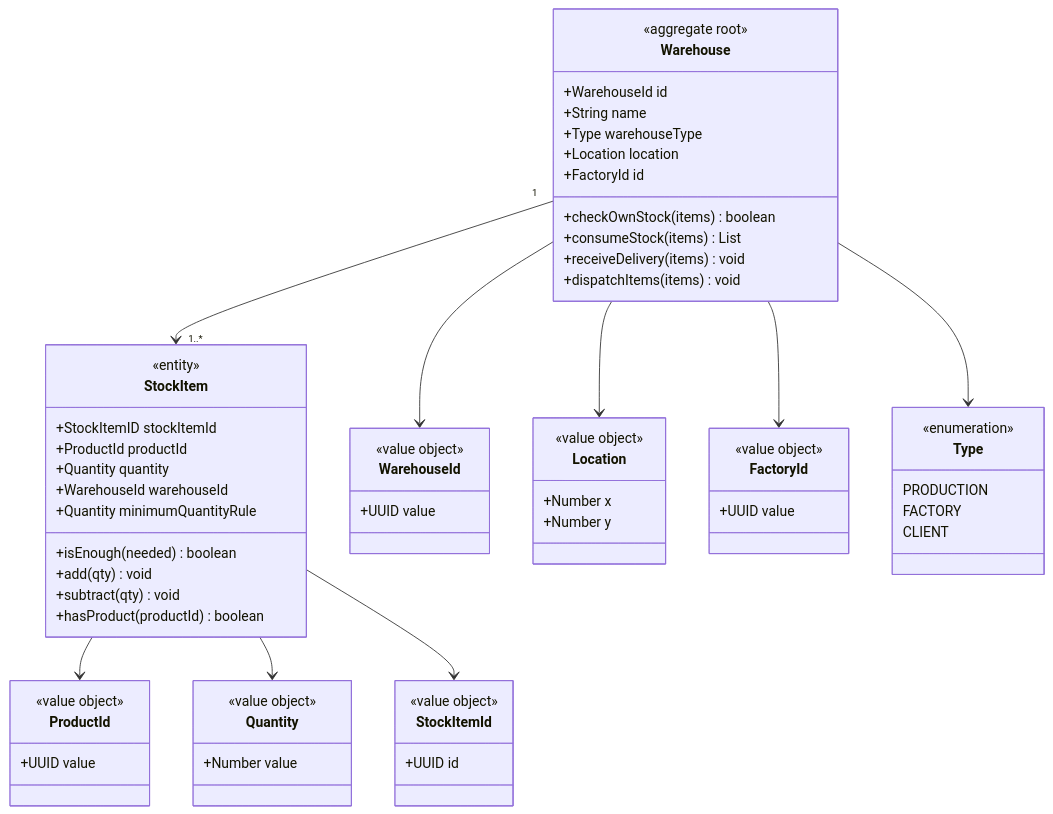
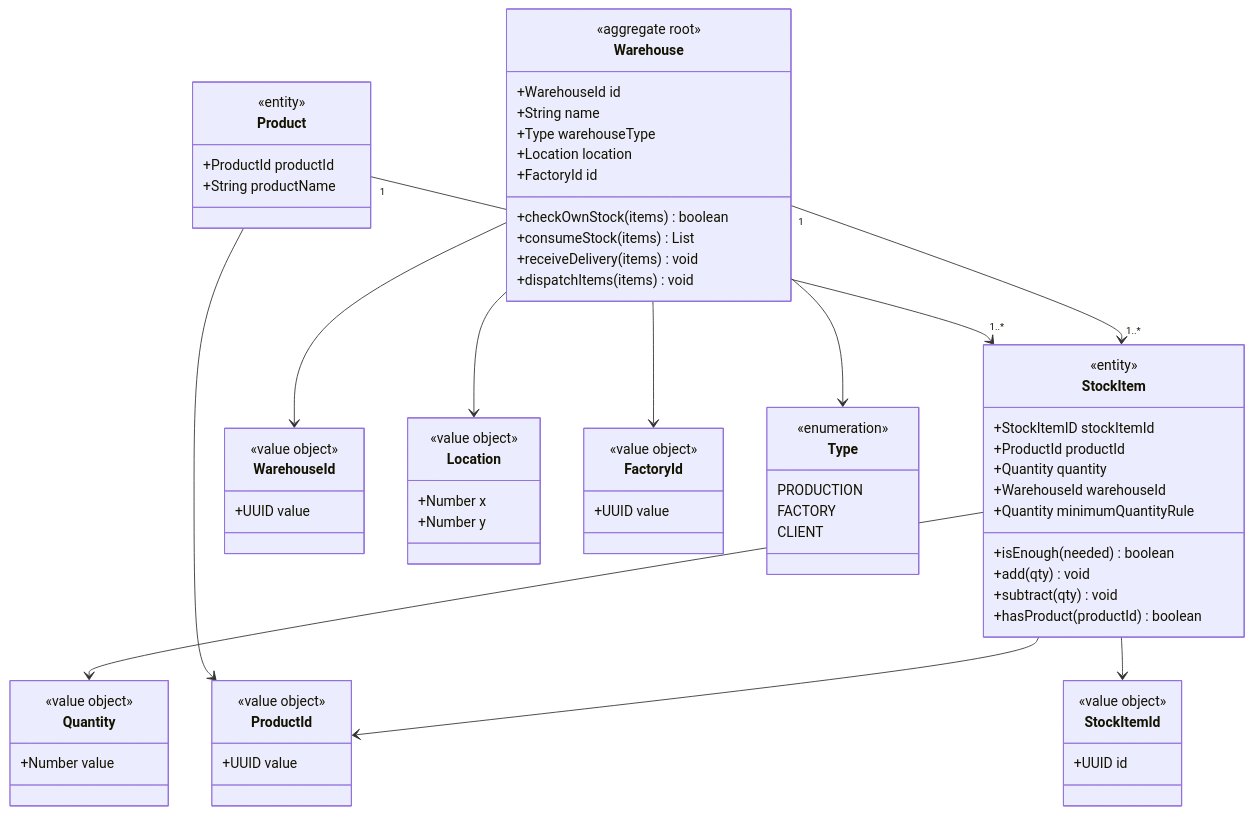
One commit to Esmeralda6/Warehouse-Workshop changed the first of 6 diagrams in README.md. Above: the diagram before and after it, drawn with Mermaid.

Commit message:
docs: added product domain entity

````diff
--- a/README.md
+++ b/README.md
@@ -5,66 +5,73 @@
 ```mermaid
 classDiagram
     class Warehouse {
         <<aggregate root>>
         +WarehouseId id
         +String name
         +Type warehouseType 
         +Location location
         +FactoryId id
         +checkOwnStock(items) boolean
         +consumeStock(items) List<stockItem>
         +receiveDelivery(items) void
         +dispatchItems(items) void
     }
     class StockItem {
         <<entity>>
         +StockItemID stockItemId
         +ProductId productId
         +Quantity quantity
         +WarehouseId warehouseId
         +Quantity minimumQuantityRule
         +isEnough(needed) boolean
         +add(qty) void
         +subtract(qty) void
         +hasProduct(productId) boolean
+    }
+    class Product {
+        <<entity>>
+        +ProductId productId
+        +String productName
     }
     class WarehouseId {
         <<value object>>
         +UUID value
     }
     class Location {
         <<value object>>
         +Number x
         +Number y
     }
     class Quantity {
         <<value object>>
         +Number value
     }
     class ProductId {
         <<value object>>
         +UUID value
     }
     class StockItemId{
         <<value object>>
         +UUID id
     }
     class FactoryId {
         <<value object>>
         +UUID value
     }
     class Type {
         <<enumeration>>
         PRODUCTION
         FACTORY
         CLIENT
     }
     Warehouse "1" --> "1..*" StockItem
     Warehouse --> WarehouseId
     Warehouse --> Location
     Warehouse --> FactoryId
     Warehouse --> Type
     StockItem --> ProductId
     StockItem --> Quantity
     StockItem --> StockItemId
+    Product "1" --> "1..*" StockItem
+    Product --> ProductId
 ```
````
